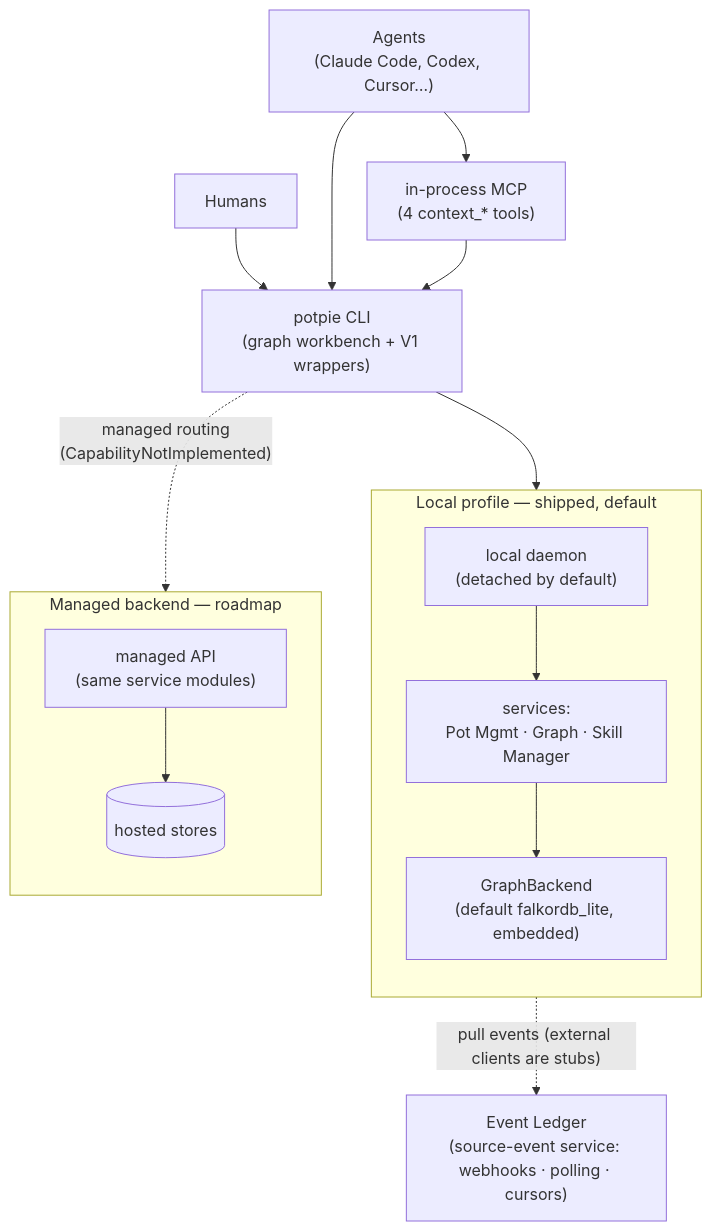
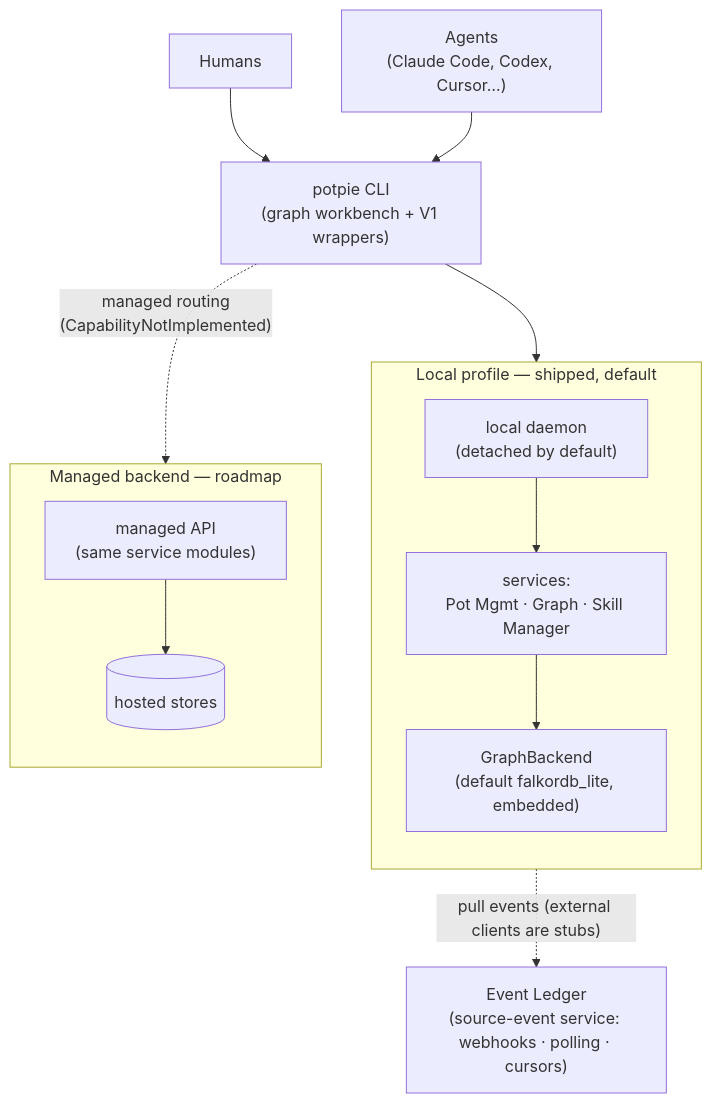
The diagram in docs/context-graph/README.md (potpie-ai/potpie), drawn with Mermaid before and after one commit. The commit also changed other lines of this file and 180 other files, not shown here.

````diff
--- a/docs/context-graph/README.md
+++ b/docs/context-graph/README.md
@@ -16,33 +15,30 @@
 ```mermaid
 flowchart TB
   cg_human["Humans"]
   cg_agent["Agents<br/>(Claude Code, Codex, Cursor…)"]
   cg_cli["potpie CLI<br/>(graph workbench + V1 wrappers)"]
-  cg_mcp["in-process MCP<br/>(4 context_* tools)"]
 
   cg_human --> cg_cli
   cg_agent --> cg_cli
-  cg_agent --> cg_mcp
-  cg_mcp --> cg_cli
 
   subgraph cg_local["Local profile — shipped, default"]
     direction TB
     cg_daemon["local daemon<br/>(detached by default)"]
     cg_services["services:<br/>Pot Mgmt · Graph · Skill Manager"]
     cg_backend["GraphBackend<br/>(default falkordb_lite, embedded)"]
     cg_daemon --> cg_services --> cg_backend
   end
 
   subgraph cg_managed["Managed backend — roadmap"]
     direction TB
     cg_api["managed API<br/>(same service modules)"]
     cg_hosted[("hosted stores")]
     cg_api --> cg_hosted
   end
 
   cg_ledger["Event Ledger<br/>(source-event service: webhooks · polling · cursors)"]
 
   cg_cli --> cg_daemon
   cg_cli -. "managed routing<br/>(CapabilityNotImplemented)" .-> cg_api
   cg_services -. "pull events (external clients are stubs)" .-> cg_ledger
 ```
````
